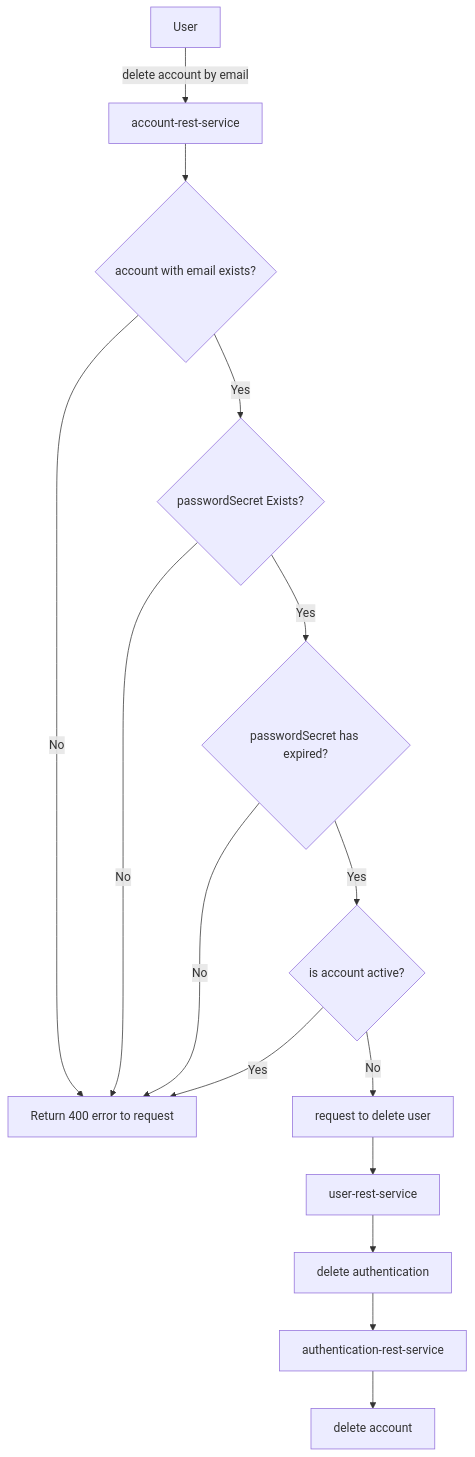
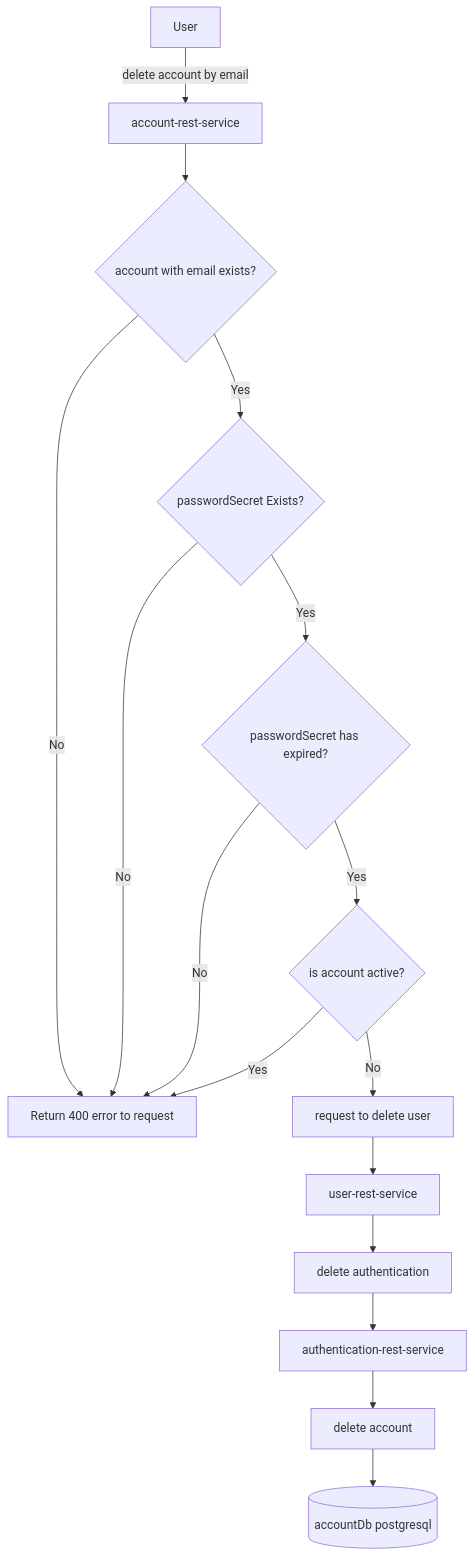
One commit to sonamsamdupkhangsar/account-rest-service changed the eighth of 8 diagrams in README.md. Above: the diagram before and after it, drawn with Mermaid.

````diff
--- a/README.md
+++ b/README.md
@@ -187,17 +187,18 @@
 ```mermaid
 flowchart TD
   User --"delete account by email"--> account-rest-service
   account-rest-service --> accountWithEmailExists{account with email exists?}
   accountWithEmailExists -->|No| returnError[Return 400 error to request]
   accountWithEmailExists -->|Yes| passwordSecretExists{passwordSecret Exists?}
   passwordSecretExists -->|Yes| passwordSecretExpired{passwordSecret has expired?}
   passwordSecretExists -->|No| returnError
   passwordSecretExpired -->|No| returnError
   passwordSecretExpired -->|Yes| accountActiveWithAuthenticationIdAndActive{is account active?}
   accountActiveWithAuthenticationIdAndActive -->|Yes| returnError
   accountActiveWithAuthenticationIdAndActive -->|No| deleteUser[request to delete user]
   deleteUser --> user-rest-service
   user-rest-service --> deleteAuthentication[delete authentication]
   deleteAuthentication --> authentication-rest-service
-  authentication-rest-service --> deleteAccount[delete account]           
+  authentication-rest-service --> deleteAccount[delete account]
+  deleteAccount --> accountDb[(accountDb postgresql)]           
 ```
````
